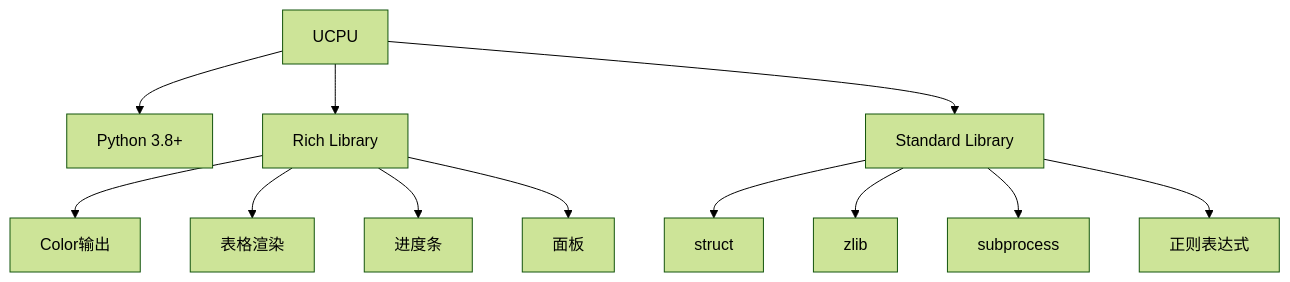
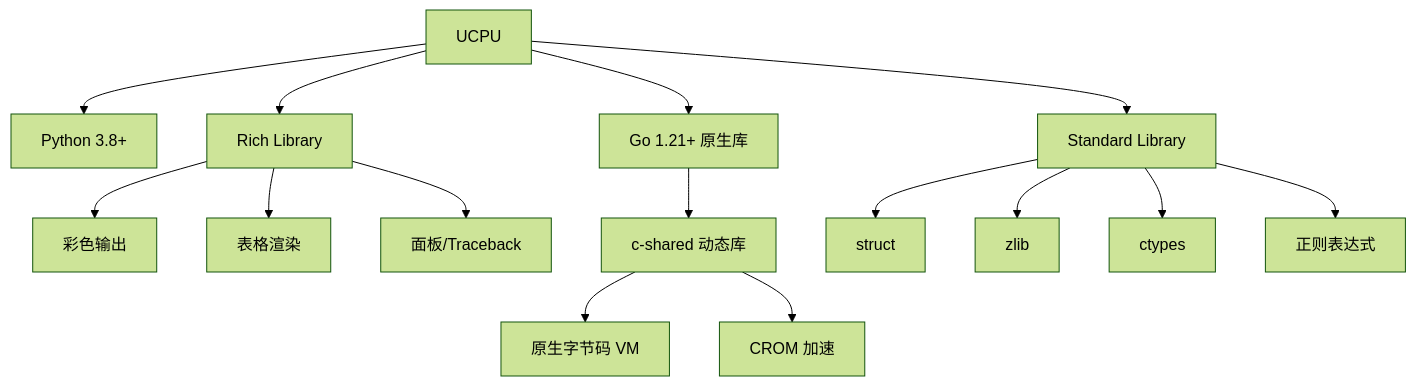
Before and after one commit to ByUsiStudio/UCPU: diagram 17 of 19 in README.md, drawn with Mermaid (forest theme). The commit also changed other lines of this file and 2 other files, not shown here.

````diff
--- a/README.md
+++ b/README.md
@@ -694,18 +774,22 @@
 ```mermaid
 graph TD
     UCPU[UCPU]
-    
+
     UCPU --> PY[Python 3.8+]
     UCPU --> RICH[Rich Library]
+    UCPU --> GO[Go 1.21+ 原生库]
     UCPU --> STDLIB[Standard Library]
-    
-    RICH --> COLOR[Color输出]
+
+    RICH --> COLOR[彩色输出]
     RICH --> TABLE[表格渲染]
-    RICH --> PROGRESS[进度条]
-    RICH --> PANEL[面板]
-    
+    RICH --> PANEL[面板/Traceback]
+
+    GO --> CSHARE[c-shared 动态库]
+    CSHARE --> VM[原生字节码 VM]
+    CSHARE --> CROMGO[CROM 加速]
+
     STDLIB --> STRUCT[struct]
     STDLIB --> ZLIB[zlib]
-    STDLIB --> SUBPROC[subprocess]
+    STDLIB --> CTYPES[ctypes]
     STDLIB --> RE[正则表达式]
 ```
````
